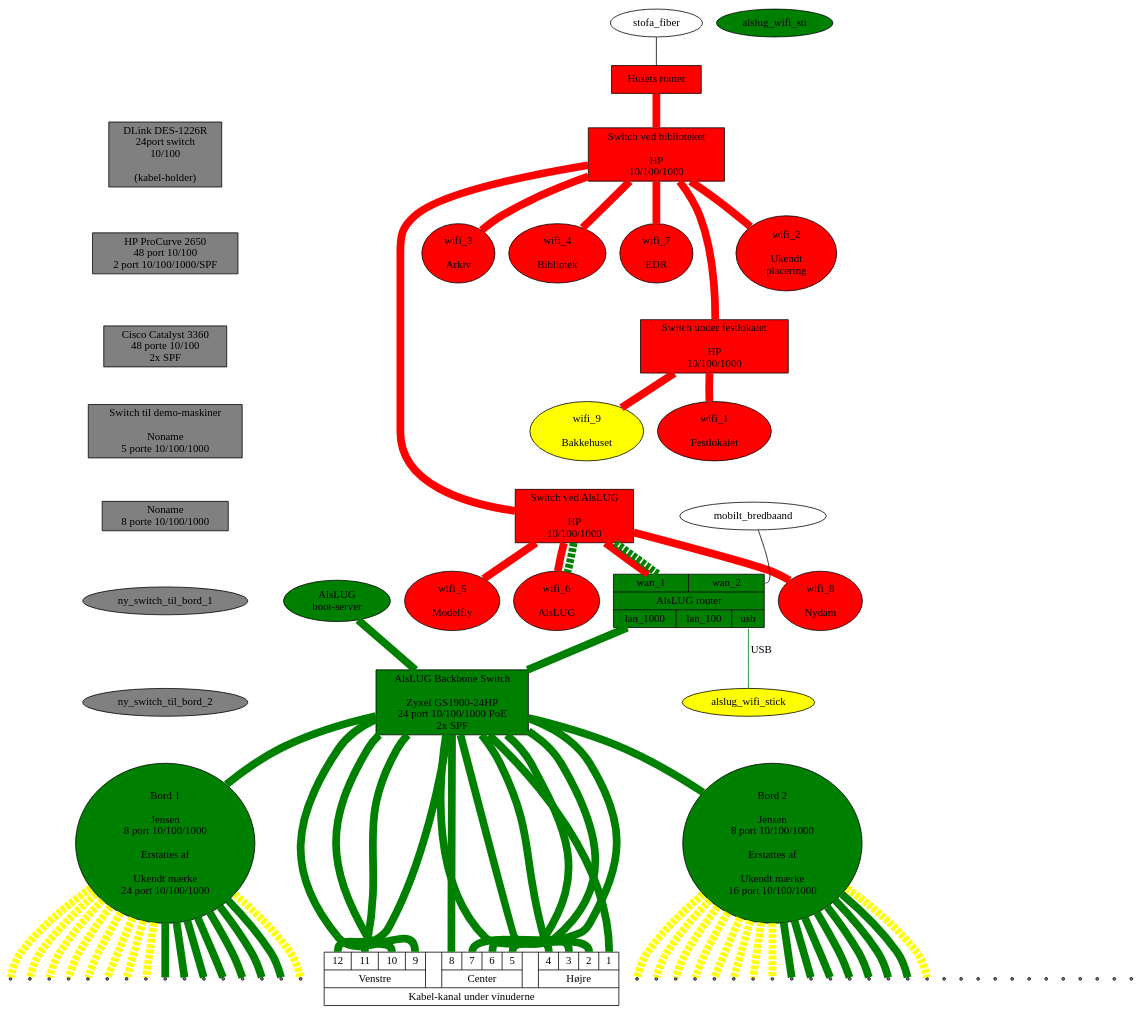
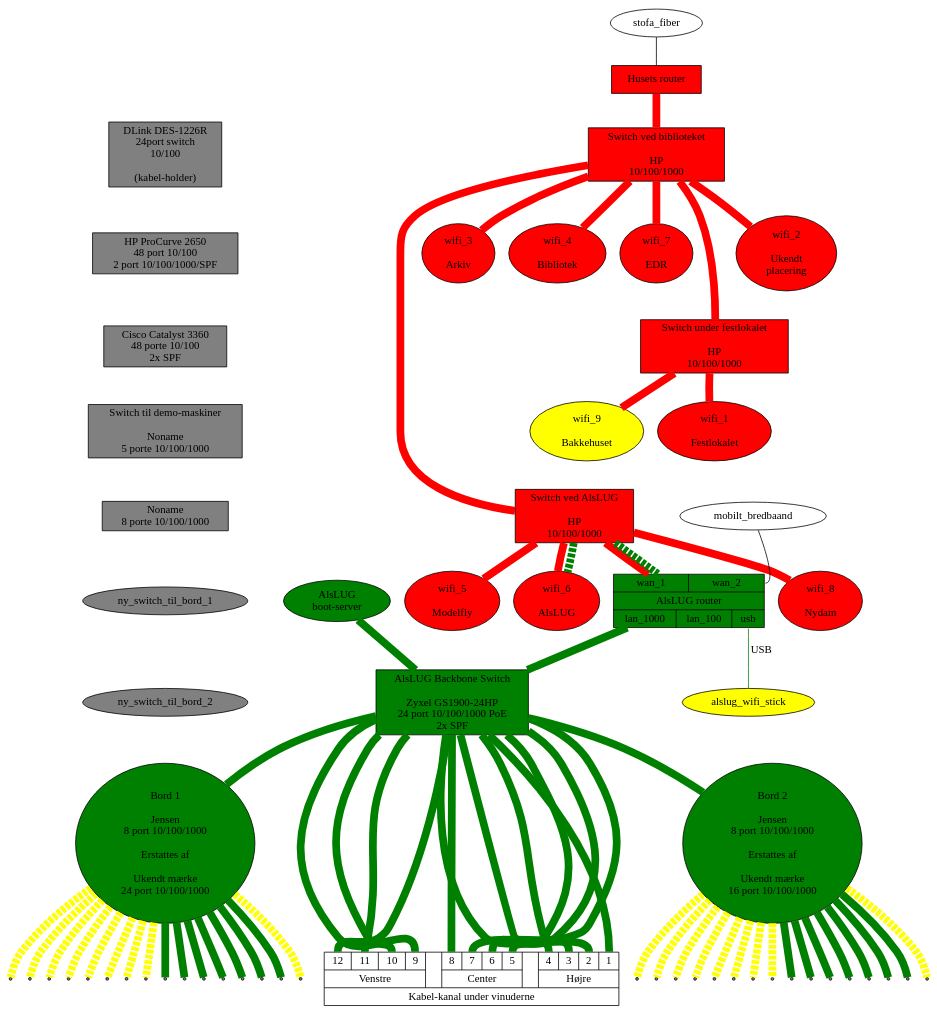
The diagram in projekter/network.dot (alslug/alslug.dk), drawn with Graphviz before and after one commit.

```diff
--- a/projekter/network.dot
+++ b/projekter/network.dot
@@ -1,109 +1,105 @@
 digraph xxx {
 #  link_12a [ shape=point ];
 #  link_12b [ shape=point ];
 #  link_12c [ shape=point ];
   edge [ dir=none penwidth=10 ];
 
   node [ style=filled fillcolor=red ];
   husets_router [ shape=box label="Husets router" ];
   husets_switch_1 [ shape=box label="Switch ved biblioteket\n\nHP\n10/100/1000" ];
   husets_switch_2 [ shape=box label="Switch ved AlsLUG\n\nHP\n10/100/1000" ];
   festlokale_switch [ shape=box label="Switch under festlokalet\n\nHP\n10/100/1000" ];
   wifi_1 [ label=" wifi_1 \n\n Festlokalet "                ];
   wifi_2 [ label=" wifi_2 \n\n Ukendt \n placering "        ];
   wifi_3 [ label=" wifi_3 \n\n Arkiv "                      ];
   wifi_4 [ label=" wifi_4 \n\n Bibliotek "                  ];
   wifi_5 [ label=" wifi_5 \n\n Modelfly "                   ];
   wifi_6 [ label=" wifi_6 \n\n AlsLUG "                     ];
   wifi_7 [ label=" wifi_7 \n\n EDR "                        ];
   wifi_8 [ label=" wifi_8 \n\n Nydam "                      ];
   wifi_9 [ label=" wifi_9 \n\n Bakkehuset" fillcolor=yellow ];
   
   node [ style=filled fillcolor=green ];
   alslug_router [ shape=record label="{{<wan_1> wan_1|<wan_2> wan_2}|AlsLUG router|{<lan_1000> lan_1000|<lan_100> lan_100|<usb> usb}}" ];
   alslug_gl_bootserver [ label="AlsLUG\nboot-server" ];
   alslug_backbone_switch [ shape=box label="AlsLUG Backbone Switch\n\nZyxel GS1900-24HP\n24 port 10/100/1000 PoE\n2x SPF"];
   bord_1 [ label="Bord 1\n\nJensen\n8 port 10/100/1000\n\n Erstattes af\n\nUkendt mærke\n24 port 10/100/1000"];
   bord_2 [ label="Bord 2\n\nJensen\n8 port 10/100/1000\n\n Erstattes af\n\nUkendt mærke\n16 port 10/100/1000"];
-  alslug_wifi_sti
-  
+ 
   // Udstyr som pt ikke bruges
   node [ style=filled fillcolor=gray ];
   switch_24p      [ shape=box label="DLink DES-1226R\n24port switch\n10/100\n\n(kabel-holder)"];
   switch_48p      [ shape=box label="HP ProCurve 2650\n48 port 10/100\n2 port 10/100/1000/SPF"];
   switch_48p_poe  [ shape=box label="Cisco Catalyst 3360\n48 porte 10/100\n2x SPF"];
   switch_5p       [ shape=box label="Switch til demo-maskiner\n\nNoname\n5 porte 10/100/1000" ];
   switch_8p       [ shape=box label="Noname\n8 porte 10/100/1000"];
   
   switch_24p -> switch_48p -> switch_48p_poe -> switch_5p -> switch_8p -> ny_switch_til_bord_1 -> ny_switch_til_bord_2 -> bord_1 [ color=invis ];
   
   
   node [ style=normal ];
   // Internet forbindelser
   stofa_fiber      -> husets_router:wan_1 [ penwidth=1 fillcolor=black style=filled ];
   mobilt_bredbaand -> alslug_router:wan_2 [ penwidth=1 fillcolor=black style=filled ];
   
   // Husets forbindelser
   edge  [ color=red style=solid ];
   husets_switch_1 -> festlokale_switch -> {             wifi_1                                                  wifi_9 };
   husets_router -> husets_switch_1 -> {                        wifi_2 wifi_3 wifi_4               wifi_7               };
   husets_switch_1 -> husets_switch_2 -> { alslug_router                             wifi_5 wifi_6        wifi_8        };
 
   // VLAN forbindelser over bakkensbros netværk
   edge  [ color=green style=dashed ];
   husets_switch_2 -> { alslug_router:wan_1 wifi_6 };
 
   alslug_wifi_stick [ fillcolor=yellow style=filled ];
 
   // Interne forbindelser
   edge [ color=green style=solid ];
   node [ shape=point ];
   
   {alslug_router:lan_1000 alslug_gl_bootserver} -> alslug_backbone_switch -> { bord_1 bord_2 }
 
   alslug_router:usb -> alslug_wifi_stick [ penwidth=1 label="USB" ];
   
   bord_1 -> {
                   bord_1_1 bord_1_2 bord_1_3 bord_1_4 bord_1_5 bord_1_6 bord_1_7
                 };
   bord_1 -> {
                   bord_1_8 bord_1_9 bord_1_10 bord_1_11 bord_1_12 bord_1_13 bord_1_14 bord_1_15 bord_1_16
                 } [ style=dashed color=yellow ];
   bord_2 -> {
                   bord_2_1 bord_2_2 bord_2_3 bord_2_4 bord_2_5 bord_2_6 bord_2_7
                 };
   bord_2 -> {
                   bord_2_8 bord_2_9 bord_2_10 bord_2_11 bord_2_12 bord_2_13 bord_2_14 bord_2_15 bord_2_16
                 } [ style=dashed color=yellow ];
                 
   alslug_backbone_switch -> vindue:1;
   alslug_backbone_switch -> vindue:2;
   alslug_backbone_switch -> vindue:3;
   alslug_backbone_switch -> vindue:4;
   alslug_backbone_switch -> vindue:5;
   alslug_backbone_switch -> vindue:6;
   alslug_backbone_switch -> vindue:7;
   alslug_backbone_switch -> vindue:8;
   alslug_backbone_switch -> vindue:9;
   alslug_backbone_switch -> vindue:10;
   alslug_backbone_switch -> vindue:11;
   alslug_backbone_switch -> vindue:12;
 
   edge [ color=invis ];
   husets_switch_1 -> wifi_2 -> festlokale_switch -> wifi_1 -> husets_switch_2;
   vindue [ shape=record label="{{ {{<12> 12|<11> 11|<10> 10|<9> 9}  | Venstre }||
                                   {{<8> 8|<7> 7|<6> 6|<5> 5}        | Center  }||
                                   {{<4> 4|<3> 3|<2> 2|<1> 1}        | Højre   }}| Kabel-kanal under vinuderne }}" ];
 
   subgraph {
     rank = same;
                   vindue;
-                  vindue_left_12;   vindue_left_11;   vindue_left_10;   vindue_left_9;
-                  vindue_center_8;  vindue_center_7;  vindue_center_6;  vindue_center_5;
-                  vindue_right_4;   vindue_right_3;   vindue_right_2;   vindue_right_1;
                   bord_1_1;   bord_1_2;   bord_1_3;   bord_1_4;   bord_1_5;   bord_1_6;   bord_1_7;   bord_1_8;
                   bord_1_9;   bord_1_10;  bord_1_11;  bord_1_12;  bord_1_13;  bord_1_14;  bord_1_15;  bord_1_16;
                   bord_2_1;   bord_2_2;   bord_2_3;   bord_2_4;   bord_2_5;   bord_2_6;   bord_2_7;   bord_2_8;
                   bord_2_9;   bord_2_10;  bord_2_11;  bord_2_12;  bord_2_13;  bord_2_14;  bord_2_15;  bord_2_16;
   }
 }
```
